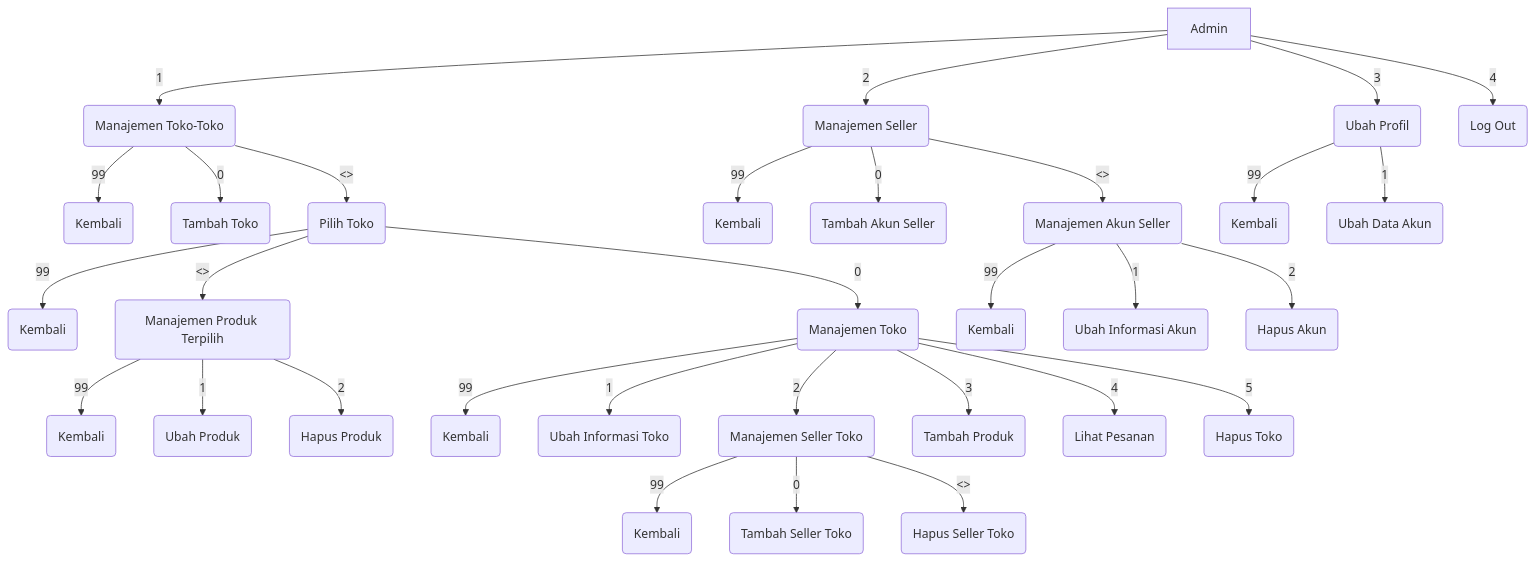
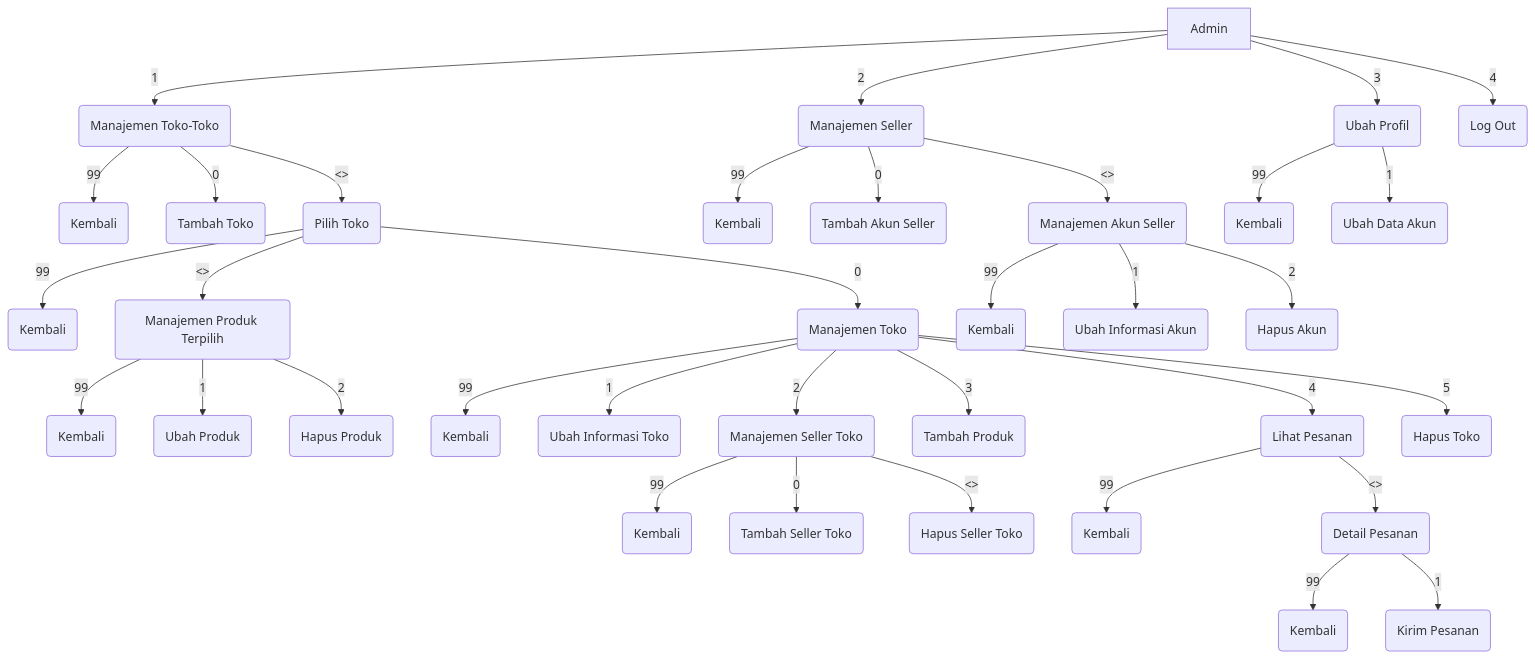
Before and after one commit to Viabelous/ProjekAkhirPBO: the second of 3 diagrams in README.md, drawn with Mermaid. The commit also changed other lines of this file, not shown here.

Commit message:
Update README Pesanan

````diff
--- a/README.md
+++ b/README.md
@@ -61,39 +61,43 @@
 ```mermaid
 graph
 
 A[Admin] -- 1 --> B(Manajemen Toko-Toko)
 B --99 --> BA(Kembali)
 B -- 0 --> BB(Tambah Toko)
 B -- <> --> BC(Pilih Toko)
 	BC -- 99 --> BCA(Kembali)
 	BC -- 0 --> BCB(Manajemen Toko)
 	BC -- <> --> BCC(Manajemen Produk Terpilih)
 		BCC -- 99 --> BCCA(Kembali)
 		BCC -- 1 --> BCCB(Ubah Produk)
 		BCC -- 2 --> BCCC(Hapus Produk)
 
 BCB -- 99 --> BCBA(Kembali)
 BCB -- 1 --> BCBB(Ubah Informasi Toko)
 BCB -- 2 --> BCBC(Manajemen Seller Toko)
 	BCBC -- 99 --> BCBCA(Kembali)
 	BCBC -- 0 --> BCBCB(Tambah Seller Toko)
 	BCBC -- <> --> BCBCC(Hapus Seller Toko)
 BCB -- 3 --> BCBE(Tambah Produk)
 BCB -- 4 --> BCBF(Lihat Pesanan)
+   	BCBF -- 99 --> BCBFA(Kembali)
+   	BCBF -- <> --> BCBFB(Detail Pesanan)
+		BCBFB -- 99 --> BCBFBA(Kembali)
+		BCBFB -- 1 --> BCBFBB(Kirim Pesanan)
 BCB -- 5 --> BCBG(Hapus Toko)
 
 A -- 2 --> C(Manajemen Seller)
 C -- 99 --> CA(Kembali)
 C -- 0 --> CB(Tambah Akun Seller)
 C -- <> --> CC(Manajemen Akun Seller)
 	CC -- 99 --> CCA(Kembali)
 	CC -- 1 --> CCB(Ubah Informasi Akun)
 	CC -- 2 --> CCC(Hapus Akun)
 
 A -- 3 --> D(Ubah Profil)
 
 D -- 99 --> DA(Kembali)
 D -- 1 --> DB(Ubah Data Akun)
 
 A -- 4 --> E(Log Out)
 ```
````
